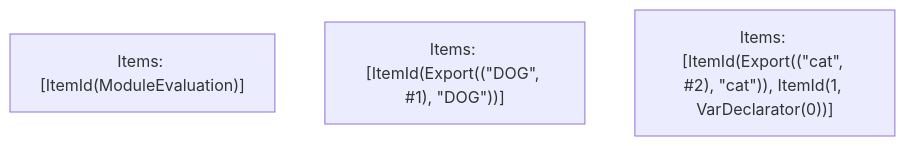
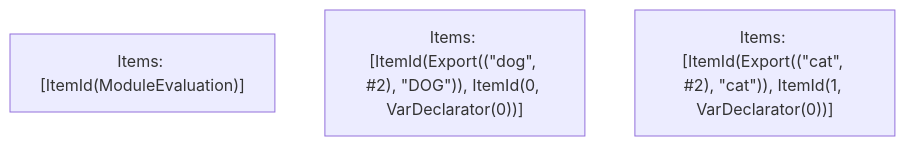
Before and after one commit to vercel/turborepo: the fifth of 5 diagrams in crates/turbopack-ecmascript/tests/tree-shaker/analyzer/multi-export/output.md, drawn with Mermaid. The commit also changed other lines of this file and 1 other file, not shown here.

````diff
--- a/crates/turbopack-ecmascript/tests/tree-shaker/analyzer/multi-export/output.md
+++ b/crates/turbopack-ecmascript/tests/tree-shaker/analyzer/multi-export/output.md
@@ -75,6 +76,6 @@
 ```mermaid
 graph TD
     N0["Items: [ItemId(ModuleEvaluation)]"];
-    N1["Items: [ItemId(Export((&quot;DOG&quot;, #1), &quot;DOG&quot;))]"];
+    N1["Items: [ItemId(Export((&quot;dog&quot;, #2), &quot;DOG&quot;)), ItemId(0, VarDeclarator(0))]"];
     N2["Items: [ItemId(Export((&quot;cat&quot;, #2), &quot;cat&quot;)), ItemId(1, VarDeclarator(0))]"];
 ```
````
